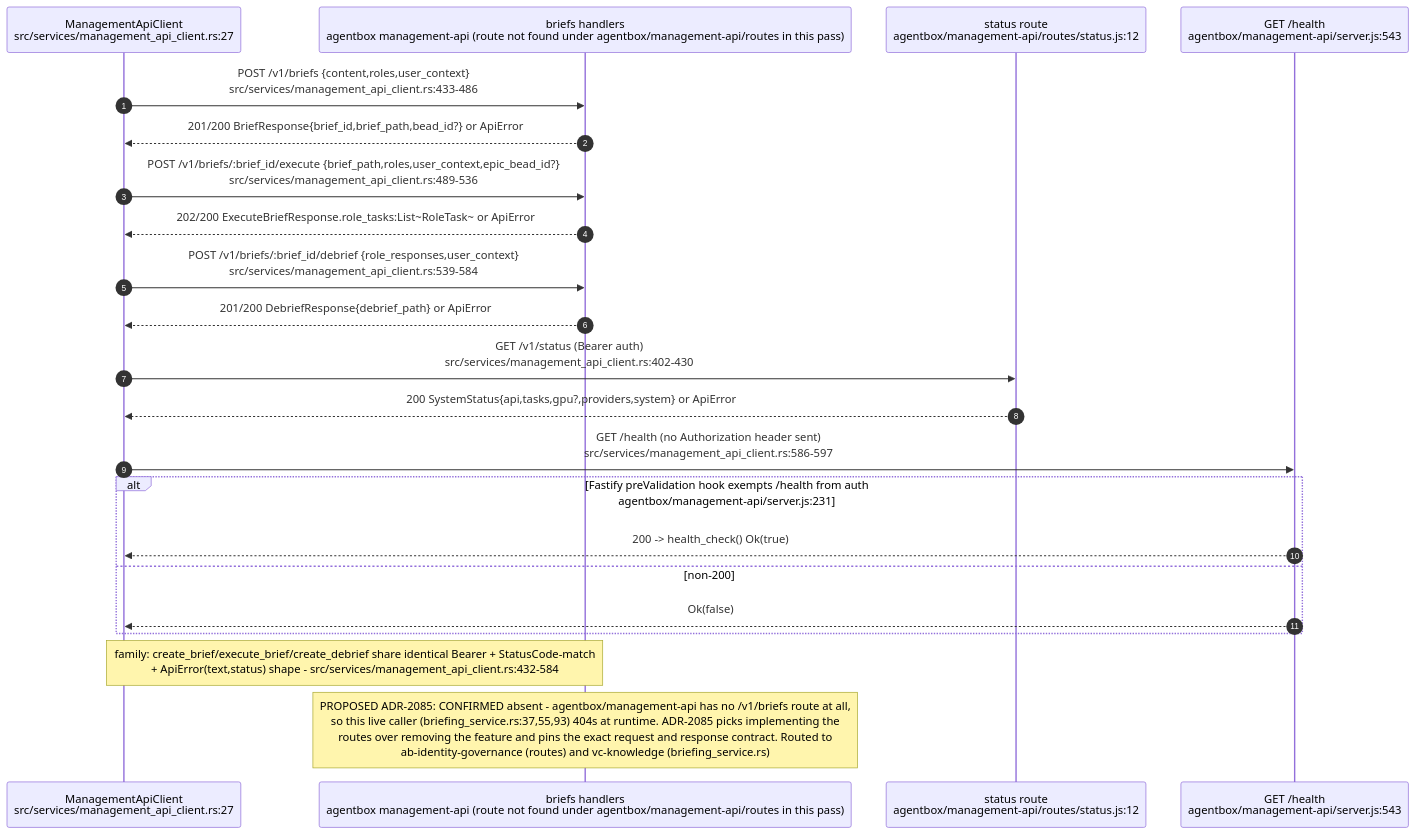
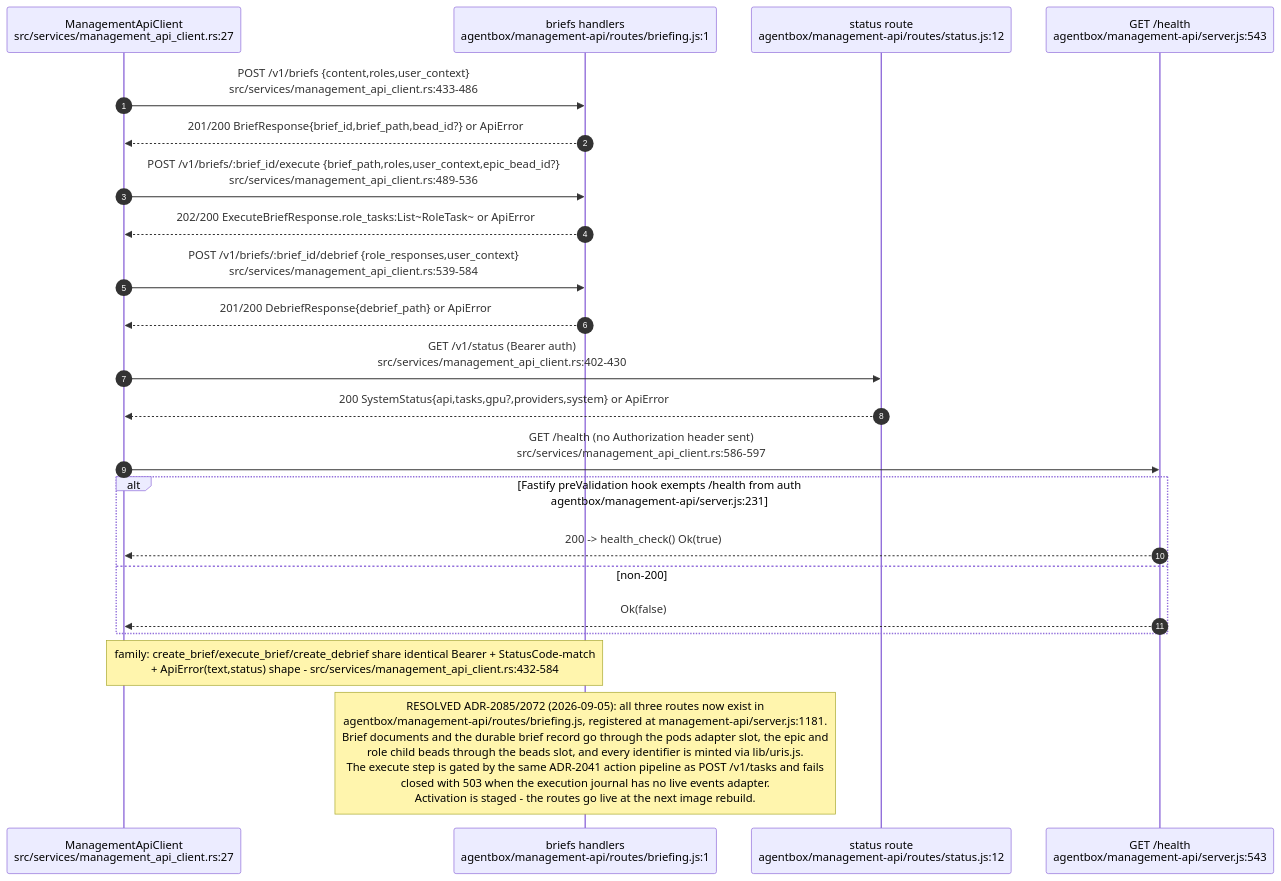
Diagram 11 of 11 in docs/diagrams/estate/02-agent-events-agentbox-to-visionclaw.md (DreamLab-AI/AR-AI-Knowledge-Graph), drawn with Mermaid before and after one commit. The commit also changed other lines of this file and 172 other files, not shown here.

````diff
--- a/docs/diagrams/estate/02-agent-events-agentbox-to-visionclaw.md
+++ b/docs/diagrams/estate/02-agent-events-agentbox-to-visionclaw.md
@@ -446,25 +463,25 @@
 ```mermaid
 sequenceDiagram
     autonumber
     participant VC as ManagementApiClient<br/>src/services/management_api_client.rs:27
-    participant BRF as briefs handlers<br/>agentbox management-api (route not found under agentbox/management-api/routes in this pass)
+    participant BRF as briefs handlers<br/>agentbox/management-api/routes/briefing.js:1
     participant STA as status route<br/>agentbox/management-api/routes/status.js:12
     participant HLT as GET /health<br/>agentbox/management-api/server.js:543
 
     VC->>BRF: POST /v1/briefs {content,roles,user_context}<br/>src/services/management_api_client.rs:433-486
     BRF-->>VC: 201/200 BriefResponse{brief_id,brief_path,bead_id?} or ApiError
     VC->>BRF: POST /v1/briefs/:brief_id/execute {brief_path,roles,user_context,epic_bead_id?}<br/>src/services/management_api_client.rs:489-536
     BRF-->>VC: 202/200 ExecuteBriefResponse.role_tasks:List~RoleTask~ or ApiError
     VC->>BRF: POST /v1/briefs/:brief_id/debrief {role_responses,user_context}<br/>src/services/management_api_client.rs:539-584
     BRF-->>VC: 201/200 DebriefResponse{debrief_path} or ApiError
     VC->>STA: GET /v1/status (Bearer auth)<br/>src/services/management_api_client.rs:402-430
     STA-->>VC: 200 SystemStatus{api,tasks,gpu?,providers,system} or ApiError
     VC->>HLT: GET /health (no Authorization header sent)<br/>src/services/management_api_client.rs:586-597
     alt Fastify preValidation hook exempts /health from auth<br/>agentbox/management-api/server.js:231
         HLT-->>VC: 200 -> health_check() Ok(true)
     else non-200
         HLT-->>VC: Ok(false)
     end
     Note over VC,BRF: family: create_brief/execute_brief/create_debrief share identical Bearer + StatusCode-match<br/>+ ApiError(text,status) shape - src/services/management_api_client.rs:432-584
-    Note over BRF: PROPOSED ADR-2085: CONFIRMED absent - agentbox/management-api has no /v1/briefs route at all,<br/>so this live caller (briefing_service.rs:37,55,93) 404s at runtime. ADR-2085 picks implementing the<br/>routes over removing the feature and pins the exact request and response contract. Routed to<br/>ab-identity-governance (routes) and vc-knowledge (briefing_service.rs)
+    Note over BRF: RESOLVED ADR-2085/2072 (2026-09-05): all three routes now exist in<br/>agentbox/management-api/routes/briefing.js, registered at management-api/server.js:1181.<br/>Brief documents and the durable brief record go through the pods adapter slot, the epic and<br/>role child beads through the beads slot, and every identifier is minted via lib/uris.js.<br/>The execute step is gated by the same ADR-2041 action pipeline as POST /v1/tasks and fails<br/>closed with 503 when the execution journal has no live events adapter.<br/>Activation is staged - the routes go live at the next image rebuild.
 ```
````
